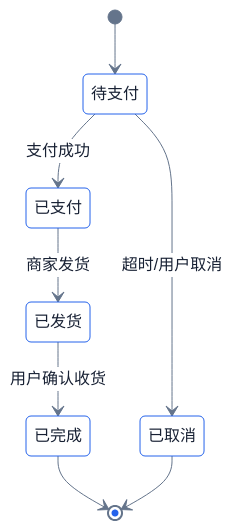
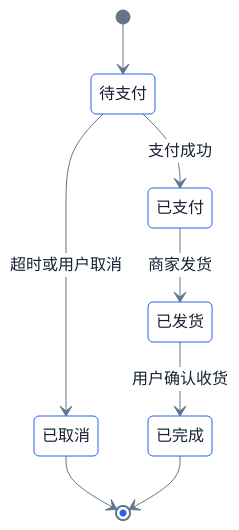
One commit to BeWaterMyFriend7/SKILL-PROJECT changed the diagram in .opencode/skills/mermaid-gen/examples/state-diagram.md. Above: the diagram before and after it, drawn with Mermaid. The commit also changed other lines of this file and 39 other files, not shown here.

First line of the commit message:
优化 mermaid-gen 生成流程与校验能力

````diff
--- a/.opencode/skills/mermaid-gen/examples/state-diagram.md
+++ b/.opencode/skills/mermaid-gen/examples/state-diagram.md
@@ -2,11 +5,11 @@
 ```mermaid
 %%{init: {"theme":"base","themeVariables":{"fontFamily":"Inter, Noto Sans SC, Microsoft YaHei, sans-serif","primaryColor":"#FFFFFF","primaryBorderColor":"#2563EB","primaryTextColor":"#172033","lineColor":"#64748B","background":"#F6F8FB"}}}%%
 stateDiagram-v2
     [*] --> 待支付
     待支付 --> 已支付 : 支付成功
-    待支付 --> 已取消 : 超时/用户取消
+    待支付 --> 已取消 : 超时或用户取消
     已支付 --> 已发货 : 商家发货
     已发货 --> 已完成 : 用户确认收货
+    已取消 --> [*]
     已完成 --> [*]
-    已取消 --> [*]
 ```
````
